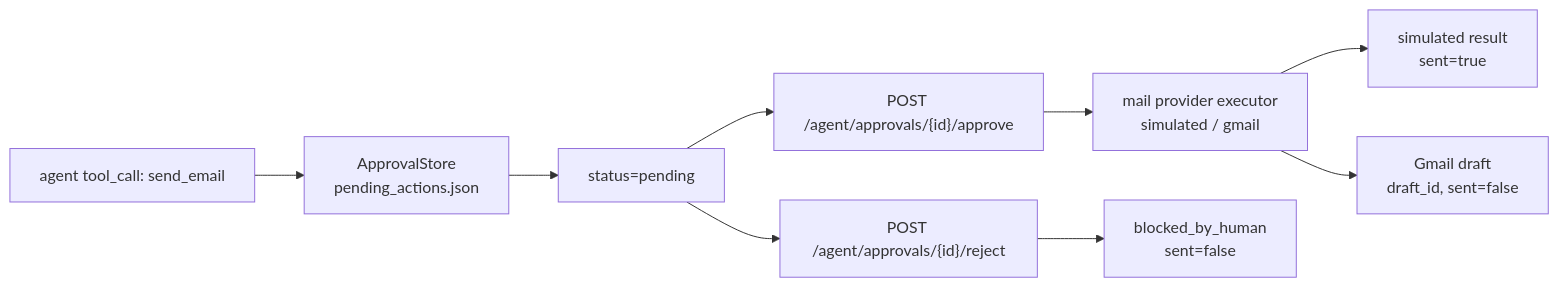
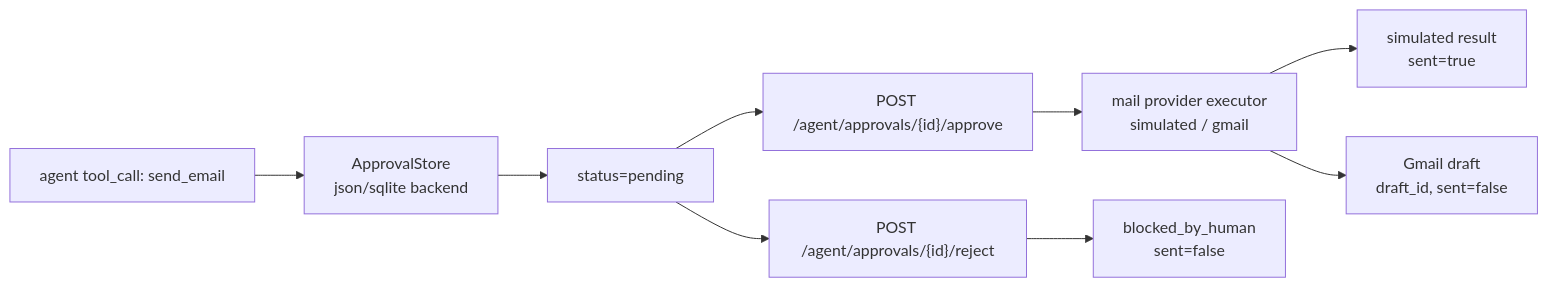
One commit to Yoimiya2627/email-rag-agent changed diagram 12 of 12 in docs/architecture.md. Above: the diagram before and after it, drawn with Mermaid. The commit also changed other lines of this file and 54 other files, not shown here.

Commit message:
feat: harden email agent evalops and production flow

````diff
--- a/docs/architecture.md
+++ b/docs/architecture.md
@@ -493,11 +504,11 @@
 ```mermaid
 flowchart LR
-    Agent["agent tool_call: send_email"] --> Store["ApprovalStore<br/>pending_actions.json"]
+    Agent["agent tool_call: send_email"] --> Store["ApprovalStore<br/>json/sqlite backend"]
     Store --> Pending["status=pending"]
     Pending --> Approve["POST /agent/approvals/{id}/approve"]
     Pending --> Reject["POST /agent/approvals/{id}/reject"]
     Approve --> Provider["mail provider executor<br/>simulated / gmail"]
     Provider --> Sim["simulated result<br/>sent=true"]
     Provider --> Gmail["Gmail draft<br/>draft_id, sent=false"]
 Reject --> Block["blocked_by_human<br/>sent=false"]
 ```
````
